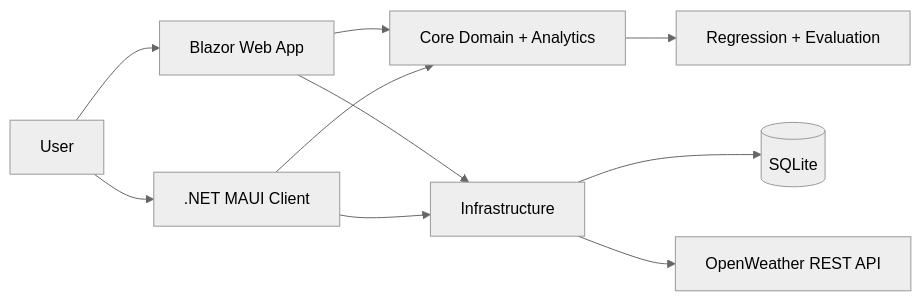
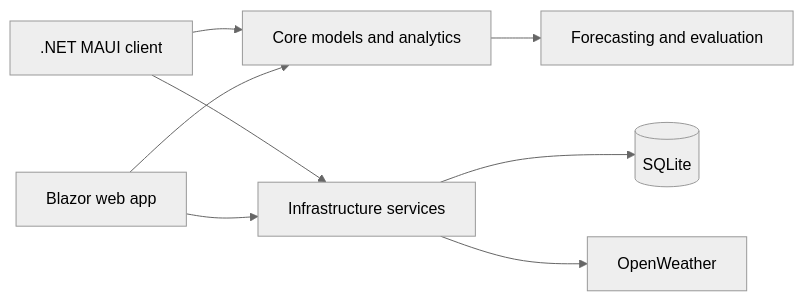
One commit to sampbaer-creator/WattWeather changed the second of 2 diagrams in README.md. Above: the diagram before and after it, drawn with Mermaid (neutral theme). The commit also changed other lines of this file and 5 other files, not shown here.

````diff
--- a/README.md
+++ b/README.md
@@ -34,12 +101,10 @@
 ```mermaid
 flowchart LR
-    User[User] --> Web[Blazor Web App]
-    User --> Maui[.NET MAUI Client]
-    Web --> Core[Core Domain + Analytics]
-    Maui --> Core
-    Web --> Infra[Infrastructure]
-    Maui --> Infra
-    Infra --> SQLite[(SQLite)]
-    Infra --> OW[OpenWeather REST API]
-    Core --> Forecast[Regression + Evaluation]
+    MAUI[.NET MAUI client] --> Core[Core models and analytics]
+    Blazor[Blazor web app] --> Core
+    MAUI --> Infra[Infrastructure services]
+    Blazor --> Infra
+    Infra --> DB[(SQLite)]
+    Infra --> OW[OpenWeather]
+    Core --> Forecast[Forecasting and evaluation]
 ```
````
